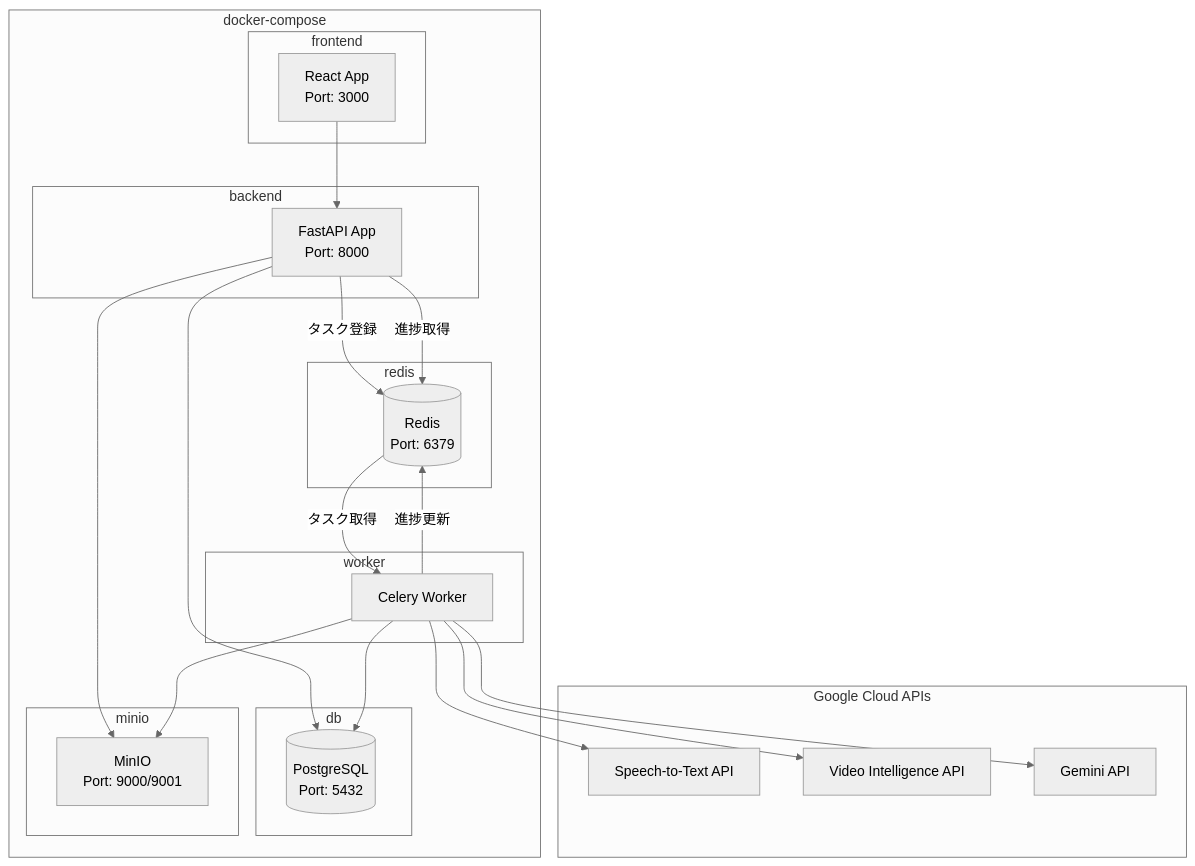
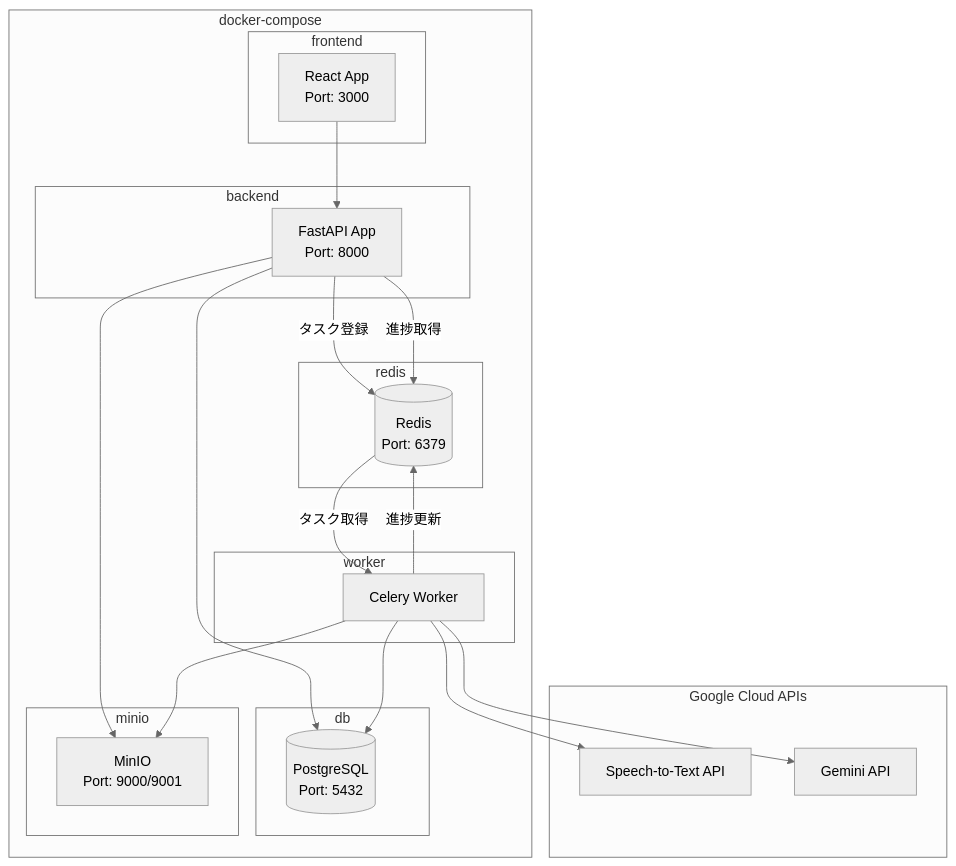
Before and after one commit to univac-1/risk-analyzer: the second of 8 diagrams in .kiro/specs/video-risk-analyzer/design.md, drawn with Mermaid (neutral theme). The commit also changed other lines of this file and 1 other file, not shown here.

Commit message:
docs: Align design and tasks specs with Gemini native video architecture

````diff
--- a/.kiro/specs/video-risk-analyzer/design.md
+++ b/.kiro/specs/video-risk-analyzer/design.md
@@ -119,47 +114,45 @@
 ```mermaid
 graph TB
     subgraph DockerCompose[docker-compose]
         subgraph FrontendContainer[frontend]
             ReactApp[React App<br/>Port: 3000]
         end
 
         subgraph BackendContainer[backend]
             FastAPIApp[FastAPI App<br/>Port: 8000]
         end
 
         subgraph WorkerContainer[worker]
             CeleryWorker[Celery Worker]
         end
 
         subgraph RedisContainer[redis]
             Redis[(Redis<br/>Port: 6379)]
         end
 
         subgraph DBContainer[db]
             PostgreSQL[(PostgreSQL<br/>Port: 5432)]
         end
 
         subgraph StorageContainer[minio]
             MinIO[MinIO<br/>Port: 9000/9001]
         end
     end
 
     subgraph ExternalServices[Google Cloud APIs]
         SpeechToText[Speech-to-Text API]
-        VideoIntelligence[Video Intelligence API]
         GeminiAPI[Gemini API]
     end
 
     ReactApp --> FastAPIApp
     FastAPIApp -->|タスク登録| Redis
     Redis -->|タスク取得| CeleryWorker
     FastAPIApp -->|進捗取得| Redis
     CeleryWorker -->|進捗更新| Redis
     FastAPIApp --> PostgreSQL
     FastAPIApp --> MinIO
     CeleryWorker --> PostgreSQL
     CeleryWorker --> MinIO
     CeleryWorker --> SpeechToText
-    CeleryWorker --> VideoIntelligence
     CeleryWorker --> GeminiAPI
 ```
````
